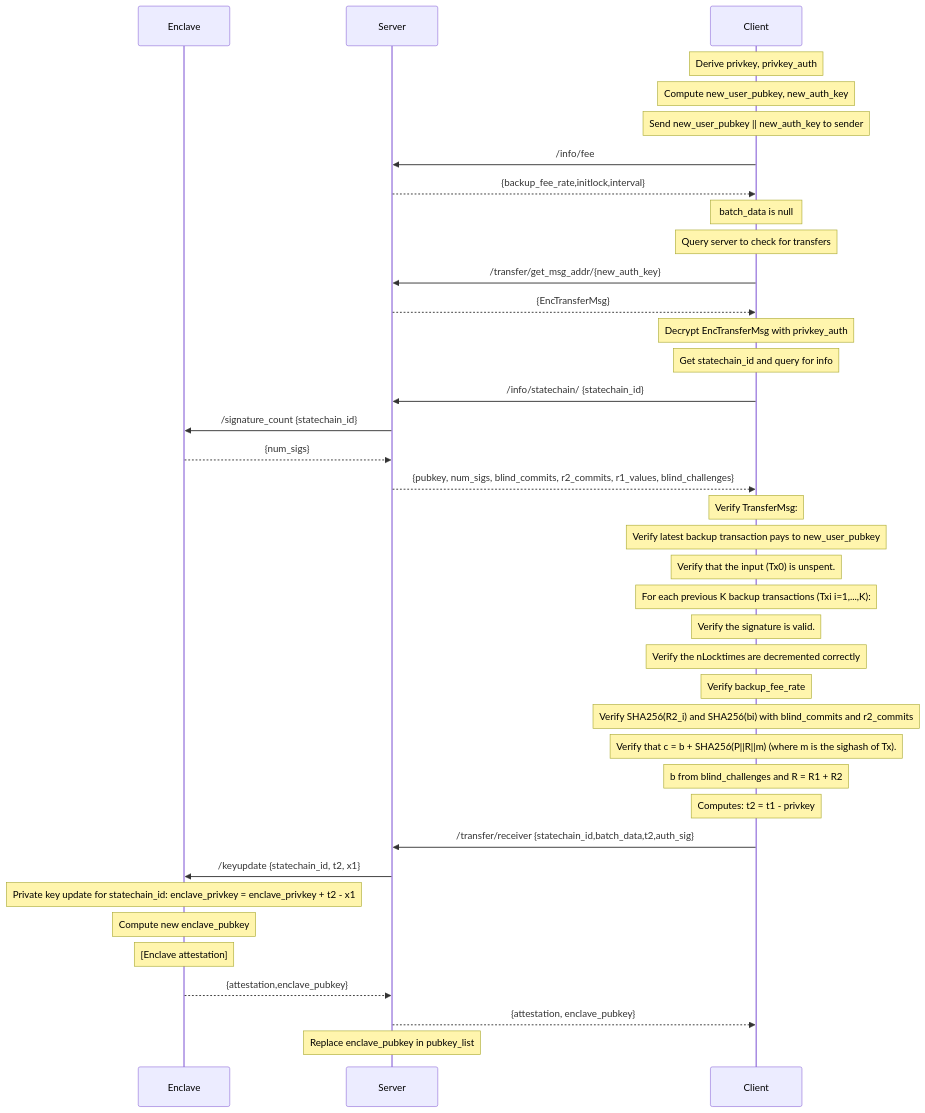
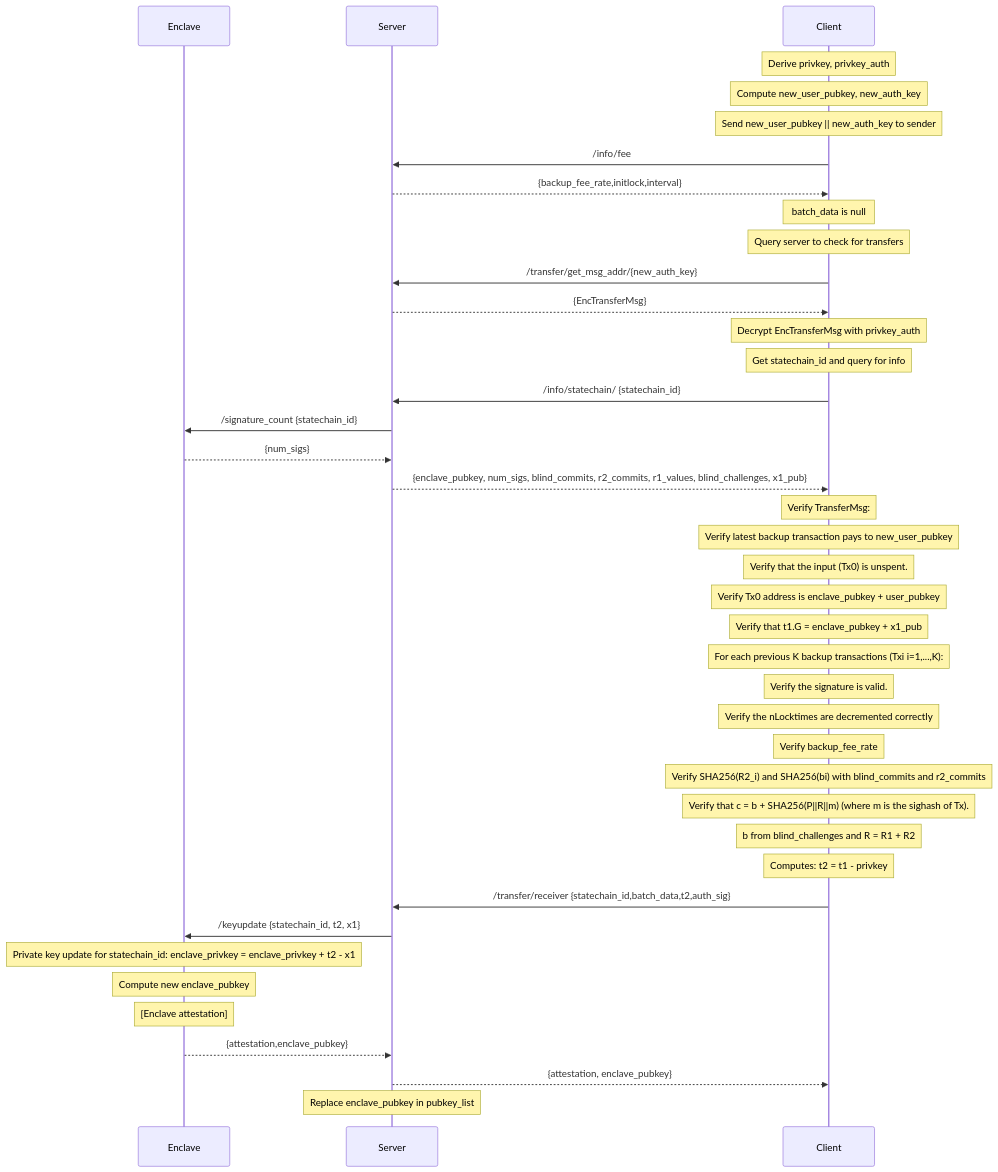
The diagram in docs/transfer_receiver_sequence.md (commerceblock/mercurylayer), drawn with Mermaid before and after one commit. The commit also changed 5 other files, not shown here.

````diff
--- a/docs/transfer_receiver_sequence.md
+++ b/docs/transfer_receiver_sequence.md
@@ -3,40 +3,42 @@
 ```mermaid
 sequenceDiagram
     participant Enclave
     participant Server
     participant Client
     note over Client: Derive privkey, privkey_auth
     note over Client: Compute new_user_pubkey, new_auth_key
     note over Client: Send new_user_pubkey || new_auth_key to sender
     Client->>Server: /info/fee
     Server-->>Client: {backup_fee_rate,initlock,interval}
     note over Client: batch_data is null
     note over Client: Query server to check for transfers
     Client->>Server: /transfer/get_msg_addr/{new_auth_key}
     Server-->>Client: {EncTransferMsg}
     note over Client: Decrypt EncTransferMsg with privkey_auth
     note over Client: Get statechain_id and query for info
     Client->>Server: /info/statechain/ {statechain_id}
     Server->>Enclave: /signature_count {statechain_id}
     Enclave-->>Server: {num_sigs}
-    Server-->>Client: {pubkey, num_sigs, blind_commits, r2_commits, r1_values, blind_challenges}
+    Server-->>Client: {enclave_pubkey, num_sigs, blind_commits, r2_commits, r1_values, blind_challenges, x1_pub}
     note over Client: Verify TransferMsg:
     note over Client: Verify latest backup transaction pays to new_user_pubkey
     note over Client: Verify that the input (Tx0) is unspent.
+    note over Client: Verify Tx0 address is enclave_pubkey + user_pubkey
+    note over Client: Verify that t1.G = enclave_pubkey + x1_pub
     note over Client: For each previous K backup transactions (Txi i=1,...,K):
     note over Client: Verify the signature is valid.
     note over Client: Verify the nLocktimes are decremented correctly
     note over Client: Verify backup_fee_rate
     note over Client: Verify SHA256(R2_i) and SHA256(bi) with blind_commits and r2_commits
     note over Client: Verify that c = b + SHA256(P||R||m) (where m is the sighash of Tx).
     note over Client: b from blind_challenges and R = R1 + R2
     note over Client: Computes: t2 = t1 - privkey
     Client->>Server: /transfer/receiver {statechain_id,batch_data,t2,auth_sig}
     Server->>Enclave: /keyupdate {statechain_id, t2, x1}
     note over Enclave: Private key update for statechain_id: enclave_privkey = enclave_privkey + t2 - x1
     note over Enclave: Compute new enclave_pubkey
     note over Enclave: [Enclave attestation]
     Enclave-->>Server: {attestation,enclave_pubkey}
     Server-->>Client: {attestation, enclave_pubkey}
     note over Server: Replace enclave_pubkey in pubkey_list
 ```
````
